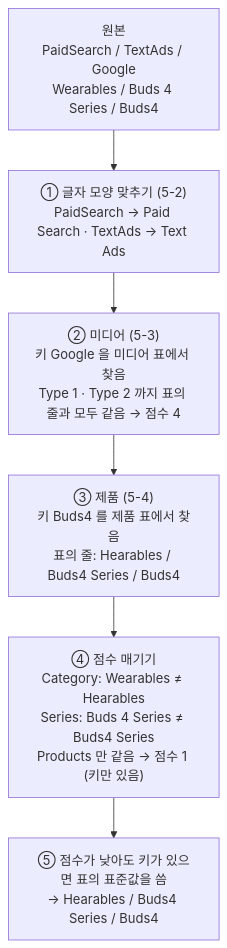
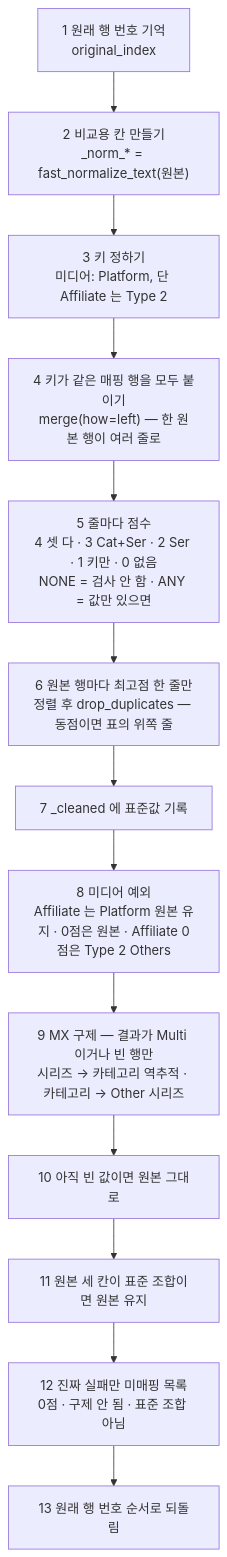
One commit to Gyeomheo/gmo-cleansing-system changed the third of 5 diagrams in docs/클렌징 자동화 설명.md. Above: the diagram before and after it, drawn with Mermaid. The commit also changed other lines of this file and 1 other file, not shown here.

````diff
--- a/docs/클렌징 자동화 설명.md
+++ b/docs/클렌징 자동화 설명.md
@@ -151,9 +192,15 @@
 ```mermaid
 flowchart TD
-  R["원본<br/>PaidSearch / TextAds / Google<br/>Wearables / Buds 4 Series / Buds4"]
-  R --> N["① 글자 모양 맞추기 (5-2)<br/>PaidSearch → Paid Search · TextAds → Text Ads"]
-  N --> M["② 미디어 (5-3)<br/>키 Google 을 미디어 표에서 찾음<br/>Type 1 · Type 2 까지 표의 줄과 모두 같음 → 점수 4"]
-  M --> P["③ 제품 (5-4)<br/>키 Buds4 를 제품 표에서 찾음<br/>표의 줄: Hearables / Buds4 Series / Buds4"]
-  P --> S["④ 점수 매기기<br/>Category: Wearables ≠ Hearables<br/>Series: Buds 4 Series ≠ Buds4 Series<br/>Products 만 같음 → 점수 1 (키만 있음)"]
-  S --> O["⑤ 점수가 낮아도 키가 있으면 표의 표준값을 씀<br/>→ Hearables / Buds4 Series / Buds4"]
+  S1["1 원래 행 번호 기억<br/>original_index"] --> S2["2 비교용 칸 만들기<br/>_norm_* = fast_normalize_text(원본)"]
+  S2 --> S3["3 키 정하기<br/>미디어: Platform, 단 Affiliate 는 Type 2"]
+  S3 --> S4["4 키가 같은 매핑 행을 모두 붙이기<br/>merge(how=left) — 한 원본 행이 여러 줄로"]
+  S4 --> S5["5 줄마다 점수<br/>4 셋 다 · 3 Cat+Ser · 2 Ser · 1 키만 · 0 없음<br/>NONE = 검사 안 함 · ANY = 값만 있으면"]
+  S5 --> S6["6 원본 행마다 최고점 한 줄만<br/>정렬 후 drop_duplicates — 동점이면 표의 위쪽 줄"]
+  S6 --> S7["7 _cleaned 에 표준값 기록"]
+  S7 --> S8["8 미디어 예외<br/>Affiliate 는 Platform 원본 유지 · 0점은 원본 · Affiliate 0점은 Type 2 Others"]
+  S8 --> S9["9 MX 구제 — 결과가 Multi 이거나 빈 행만<br/>시리즈 → 카테고리 역추적 · 카테고리 → Other 시리즈"]
+  S9 --> S10["10 아직 빈 값이면 원본 그대로"]
+  S10 --> S11["11 원본 세 칸이 표준 조합이면 원본 유지"]
+  S11 --> S12["12 진짜 실패만 미매핑 목록<br/>0점 · 구제 안 됨 · 표준 조합 아님"]
+  S12 --> S13["13 원래 행 번호 순서로 되돌림"]
 ```
````
